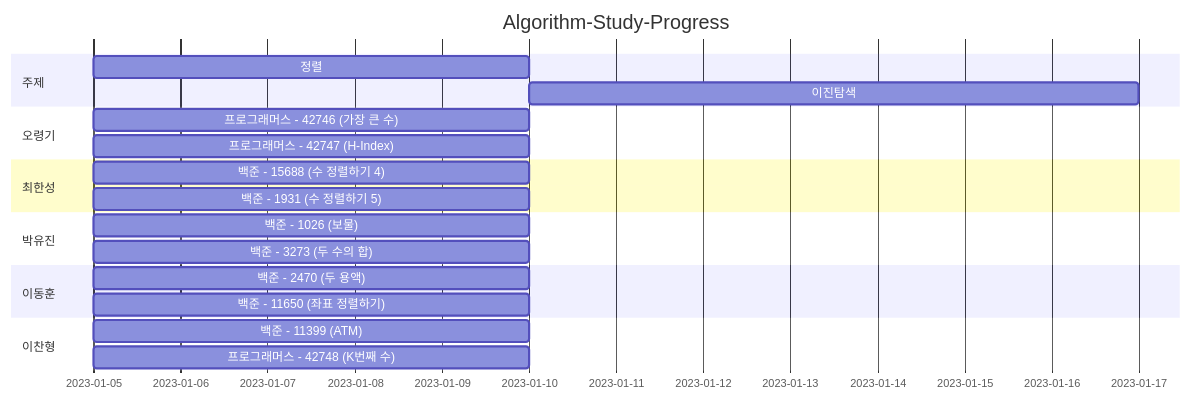
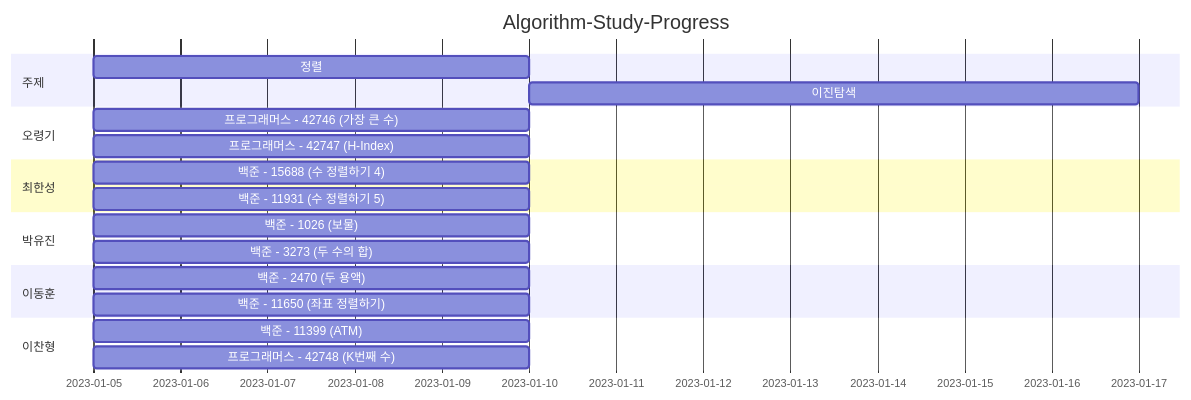
One commit to Hell-O-Algorithm/Algorithm-Wiki changed the diagram in README.md. Above: the diagram before and after it, drawn with Mermaid.

Commit message:
update : README

````diff
--- a/README.md
+++ b/README.md
@@ -31,31 +31,31 @@
 ```mermaid
 gantt
 dateFormat YYYY-MM-DD
 title Algorithm-Study-Progress
 
     section 주제
     정렬      :chap1, 2023-01-05, 2023-01-10
     이진탐색    :chap2, 2023-01-10, 2023-01-17
     
 
     section 오령기
     프로그래머스 - 42746 (가장 큰 수)    : chap1, 2023-01-05, 2023-01-10
     프로그래머스 - 42747 (H-Index)    : chap1, 2023-01-05, 2023-01-10
 
     section 최한성
     백준 - 15688 (수 정렬하기 4)   : chap1, 2023-01-05, 2023-01-10
-    백준 - 1931 (수 정렬하기 5)    : chap1, 2023-01-05, 2023-01-10
+    백준 - 11931 (수 정렬하기 5)    : chap1, 2023-01-05, 2023-01-10
     
     section 박유진
     백준 - 1026 (보물)       : chap1, 2023-01-05, 2023-01-10
     백준 - 3273 (두 수의 합)  : chap1, 2023-01-05, 2023-01-10
     
     section 이동훈
     백준 - 2470 (두 용액)         : chap1, 2023-01-05, 2023-01-10
     백준 - 11650 (좌표 정렬하기)    : chap1, 2023-01-05, 2023-01-10
     
     section 이찬형
     백준 - 11399 (ATM)           : chap1, 2023-01-05, 2023-01-10
     프로그래머스 - 42748 (K번째 수)  : chap1, 2023-01-05, 2023-01-10
 
 ```
````
